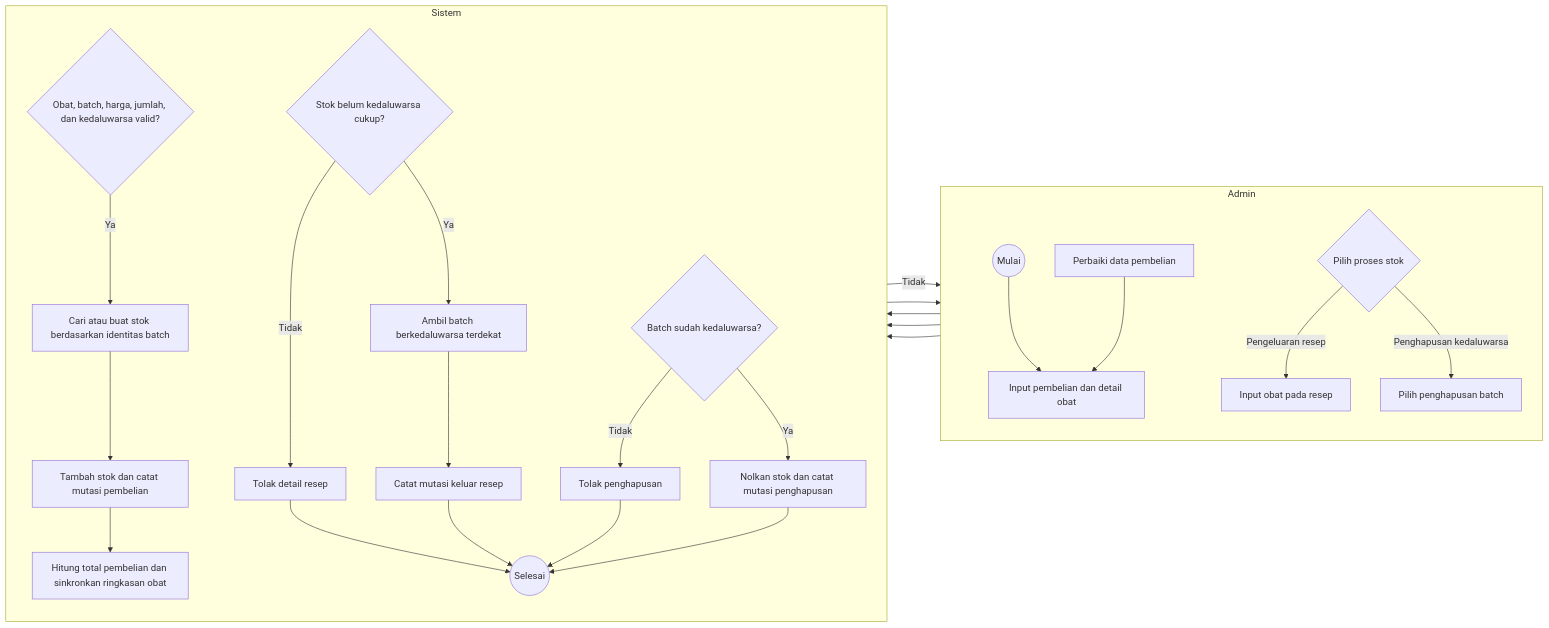
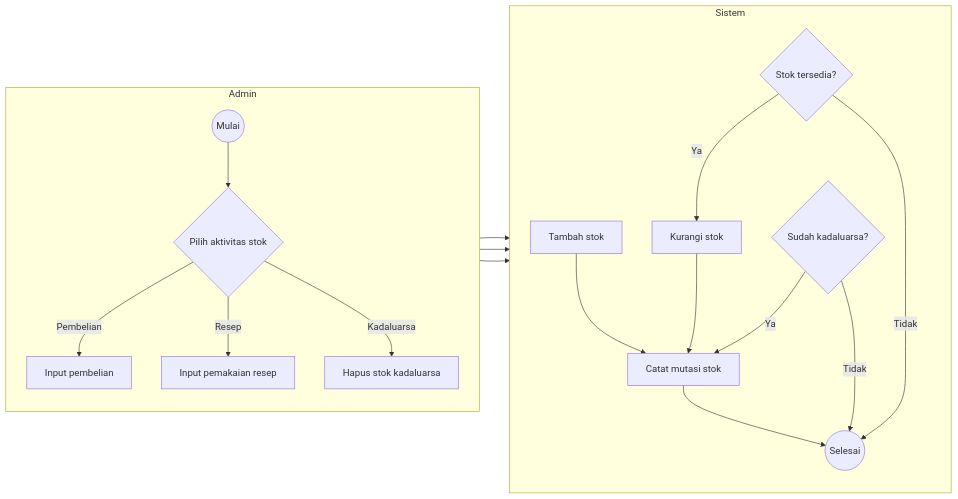
Before and after one commit to Faathir81/Sistem-Informasi-Klinik: the sixth of 7 diagrams in dokumentasi/spesifikasi-proyek/activity-diagrams.md, drawn with Mermaid. The commit also changed other lines of this file, not shown here.

Commit message:
docs: simplify activity diagrams for thesis report

````diff
--- a/dokumentasi/spesifikasi-proyek/activity-diagrams.md
+++ b/dokumentasi/spesifikasi-proyek/activity-diagrams.md
@@ -230,38 +164,30 @@
 ```mermaid
 flowchart LR
     subgraph adminLane["Admin"]
         direction TB
         start((Mulai))
-        input[Input pembelian dan detail obat]
-        revise[Perbaiki data pembelian]
-        choice{Pilih proses stok}
-        recipe[Input obat pada resep]
-        remove[Pilih penghapusan batch]
+        pilih{Pilih aktivitas stok}
+        beli[Input pembelian]
+        resep[Input pemakaian resep]
+        hapus[Hapus stok kadaluarsa]
     end
 
     subgraph sistemLane["Sistem"]
         direction TB
-        valid{Obat, batch, harga, jumlah, dan kedaluwarsa valid?}
-        batch[Cari atau buat stok berdasarkan identitas batch]
-        add[Tambah stok dan catat mutasi pembelian]
-        totals[Hitung total pembelian dan sinkronkan ringkasan obat]
-        available{Stok belum kedaluwarsa cukup?}
-        reject[Tolak detail resep]
-        fefo[Ambil batch berkedaluwarsa terdekat]
-        out[Catat mutasi keluar resep]
-        expired{Batch sudah kedaluwarsa?}
-        rejectExpiry[Tolak penghapusan]
-        zero[Nolkan stok dan catat mutasi penghapusan]
+        tambah[Tambah stok]
+        cek{Stok tersedia?}
+        keluar[Kurangi stok]
+        kadaluarsa{Sudah kadaluarsa?}
+        mutasi[Catat mutasi stok]
         finish((Selesai))
     end
 
-    start --> input --> valid
-    valid -- Tidak --> revise --> input
-    valid -- Ya --> batch --> add --> totals --> choice
-    choice -- Pengeluaran resep --> recipe --> available
-    available -- Tidak --> reject --> finish
-    available -- Ya --> fefo --> out --> finish
-    choice -- Penghapusan kedaluwarsa --> remove --> expired
-    expired -- Tidak --> rejectExpiry --> finish
-    expired -- Ya --> zero --> finish
+    start --> pilih
+    pilih -- Pembelian --> beli --> tambah --> mutasi --> finish
+    pilih -- Resep --> resep --> cek
+    cek -- Tidak --> finish
+    cek -- Ya --> keluar --> mutasi
+    pilih -- Kadaluarsa --> hapus --> kadaluarsa
+    kadaluarsa -- Tidak --> finish
+    kadaluarsa -- Ya --> mutasi
 ```
````
